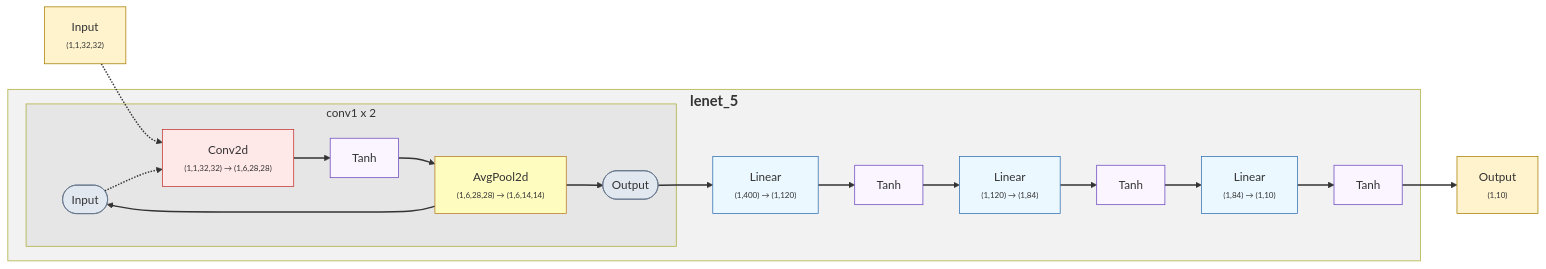
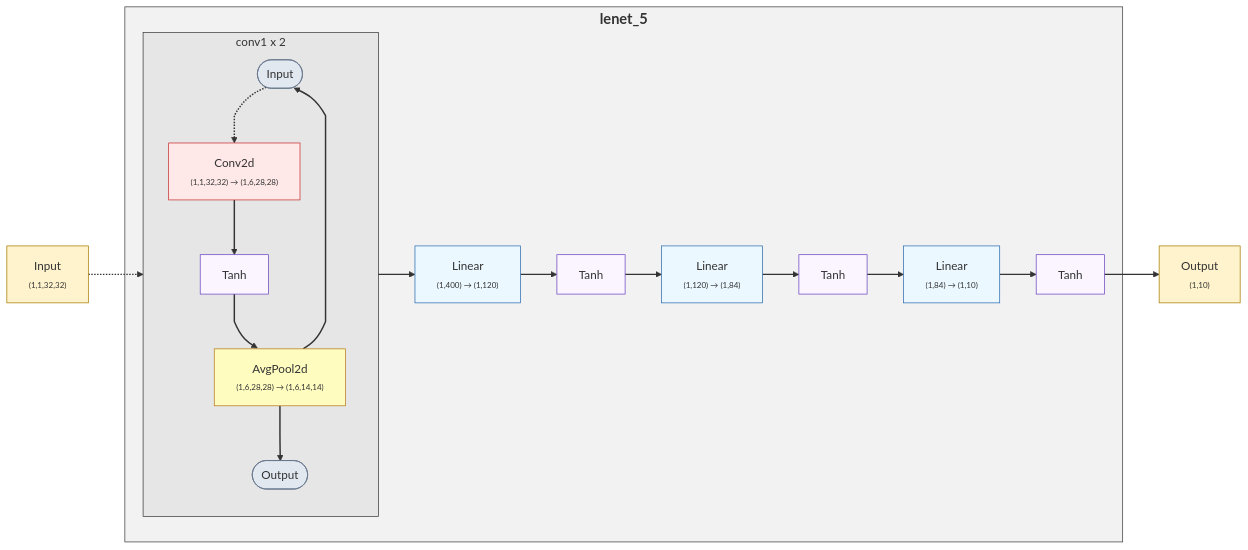
Before and after one commit to ChanLumerico/lucid: the diagram in docs/source/models/imgclf/lenet/LeNet.rst, drawn with Mermaid. The commit also changed 172 other files, not shown here.

Commit message:
Mermaid Insertion Finalized

```diff
--- a/docs/source/models/imgclf/lenet/LeNet.rst
+++ b/docs/source/models/imgclf/lenet/LeNet.rst
@@ -25,51 +25,52 @@
 .. mermaid::
     :name: LeNet
 
-    %%{init: {"themeCSS":".nodeLabel, .edgeLabel, .cluster text, .node text { fill: #000000 !important; } .node foreignObject *, .cluster foreignObject * { color: #000000 !important; }"} }%%
+    %%{init: {"flowchart":{"curve":"monotoneX","nodeSpacing":50,"rankSpacing":50}} }%%
     flowchart LR
       linkStyle default stroke-width:2.0px
       subgraph sg_m0["<span style='font-size:20px;font-weight:700'>lenet_5</span>"]
-      style sg_m0 fill:#000000,fill-opacity:0.05
+      style sg_m0 fill:#000000,fill-opacity:0.05,stroke:#000000,stroke-opacity:0.75,stroke-width:1px
         subgraph sg_m1["conv1 x 2"]
-        style sg_m1 fill:#000000,fill-opacity:0.05
+          direction TB;
+        style sg_m1 fill:#000000,fill-opacity:0.05,stroke:#000000,stroke-opacity:0.75,stroke-width:1px
           m1_in(["Input"]);
           m1_out(["Output"]);
       style m1_in fill:#e2e8f0,stroke:#64748b,stroke-width:1px;
       style m1_out fill:#e2e8f0,stroke:#64748b,stroke-width:1px;
-          m2["Conv2d<br/><span style='font-size:11px;font-weight:400'>(1,1,32,32) → (1,6,28,28)</span>"];
+          m2["Conv2d<br/><span style='font-size:11px;color:#c53030;font-weight:400'>(1,1,32,32) → (1,6,28,28)</span>"];
           m3["Tanh"];
-          m4["AvgPool2d<br/><span style='font-size:11px;font-weight:400'>(1,6,28,28) → (1,6,14,14)</span>"];
+          m4["AvgPool2d<br/><span style='font-size:11px;color:#b7791f;font-weight:400'>(1,6,28,28) → (1,6,14,14)</span>"];
         end
-        m5["Linear<br/><span style='font-size:11px;font-weight:400'>(1,400) → (1,120)</span>"];
+        m5["Linear<br/><span style='font-size:11px;color:#2b6cb0;font-weight:400'>(1,400) → (1,120)</span>"];
         m6["Tanh"];
-        m7["Linear<br/><span style='font-size:11px;font-weight:400'>(1,120) → (1,84)</span>"];
+        m7["Linear<br/><span style='font-size:11px;color:#2b6cb0;font-weight:400'>(1,120) → (1,84)</span>"];
         m8["Tanh"];
-        m9["Linear<br/><span style='font-size:11px;font-weight:400'>(1,84) → (1,10)</span>"];
+        m9["Linear<br/><span style='font-size:11px;color:#2b6cb0;font-weight:400'>(1,84) → (1,10)</span>"];
         m10["Tanh"];
       end
-      input["Input<br/><span style='font-size:11px;color:#000000;font-weight:400'>(1,1,32,32)</span>"];
-      output["Output<br/><span style='font-size:11px;color:#000000;font-weight:400'>(1,10)</span>"];
+      input["Input<br/><span style='font-size:11px;color:#a67c00;font-weight:400'>(1,1,32,32)</span>"];
+      output["Output<br/><span style='font-size:11px;color:#a67c00;font-weight:400'>(1,10)</span>"];
       style input fill:#fff3cd,stroke:#a67c00,stroke-width:1px;
       style output fill:#fff3cd,stroke:#a67c00,stroke-width:1px;
       style m2 fill:#ffe8e8,stroke:#c53030,stroke-width:1px;
       style m3 fill:#faf5ff,stroke:#6b46c1,stroke-width:1px;
       style m4 fill:#fefcbf,stroke:#b7791f,stroke-width:1px;
       style m5 fill:#ebf8ff,stroke:#2b6cb0,stroke-width:1px;
       style m6 fill:#faf5ff,stroke:#6b46c1,stroke-width:1px;
       style m7 fill:#ebf8ff,stroke:#2b6cb0,stroke-width:1px;
       style m8 fill:#faf5ff,stroke:#6b46c1,stroke-width:1px;
       style m9 fill:#ebf8ff,stroke:#2b6cb0,stroke-width:1px;
       style m10 fill:#faf5ff,stroke:#6b46c1,stroke-width:1px;
       input -.-> m2;
       m10 --> output;
       m1_in -.-> m2;
       m1_out --> m5;
       m2 --> m3;
       m3 --> m4;
       m4 --> m1_in;
       m4 --> m1_out;
       m5 --> m6;
       m6 --> m7;
       m7 --> m8;
       m8 --> m9;
       m9 --> m10;
```
